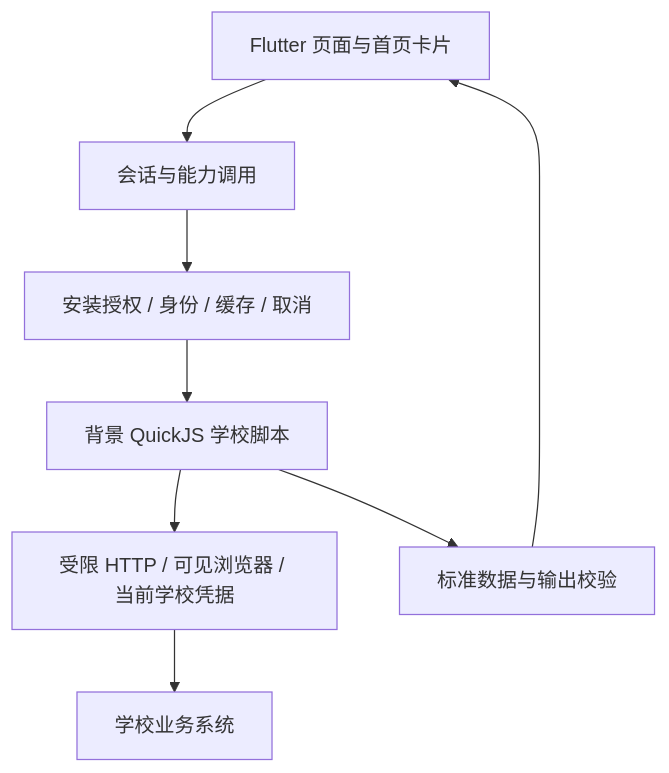
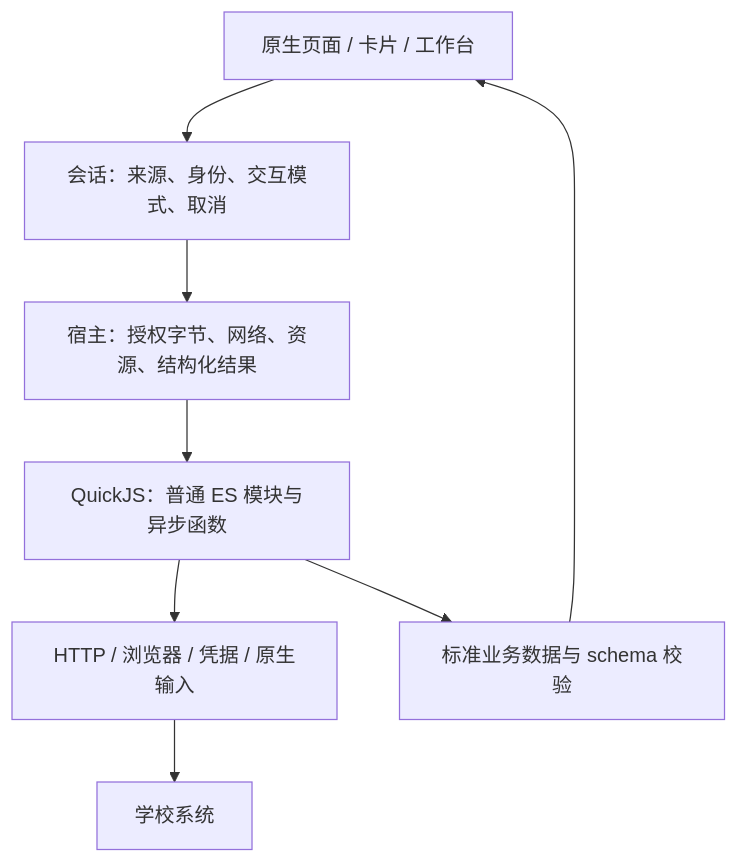
One commit to NanCunChild/elecon changed the diagram in docs/architecture.md. Above: the diagram before and after it, drawn with Mermaid. The commit also changed other lines of this file and 22 other files, not shown here.

First line of the commit message:
docs: consolidate architecture and implementation records

````diff
--- a/docs/architecture.md
+++ b/docs/architecture.md
@@ -9,10 +9,10 @@
 ```mermaid
 flowchart TD
-  UI[Flutter 页面与首页卡片] --> Session[会话与能力调用]
-  Session --> Host[安装授权 / 身份 / 缓存 / 取消]
-  Host --> Script[背景 QuickJS 学校脚本]
-  Script --> API[受限 HTTP / 可见浏览器 / 当前学校凭据]
-  API --> School[学校业务系统]
-  Script --> Data[标准数据与输出校验]
-  Data --> UI
+  Trigger[原生页面 / 卡片 / 工作台] --> Session[会话：来源、身份、交互模式、取消]
+  Session --> Host[宿主：授权字节、网络、资源、结构化结果]
+  Host --> Script[QuickJS：普通 ES 模块与异步函数]
+  Script --> Ports[HTTP / 浏览器 / 凭据 / 原生输入]
+  Ports --> School[学校系统]
+  Script --> Contract[标准业务数据与 schema 校验]
+  Contract --> Trigger
 ```
````
